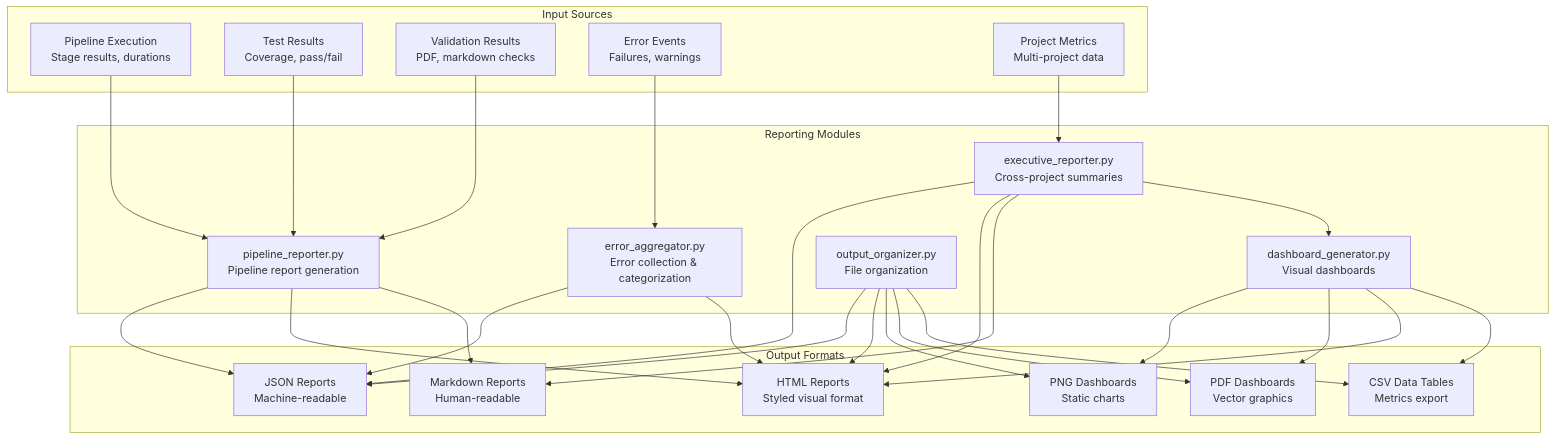
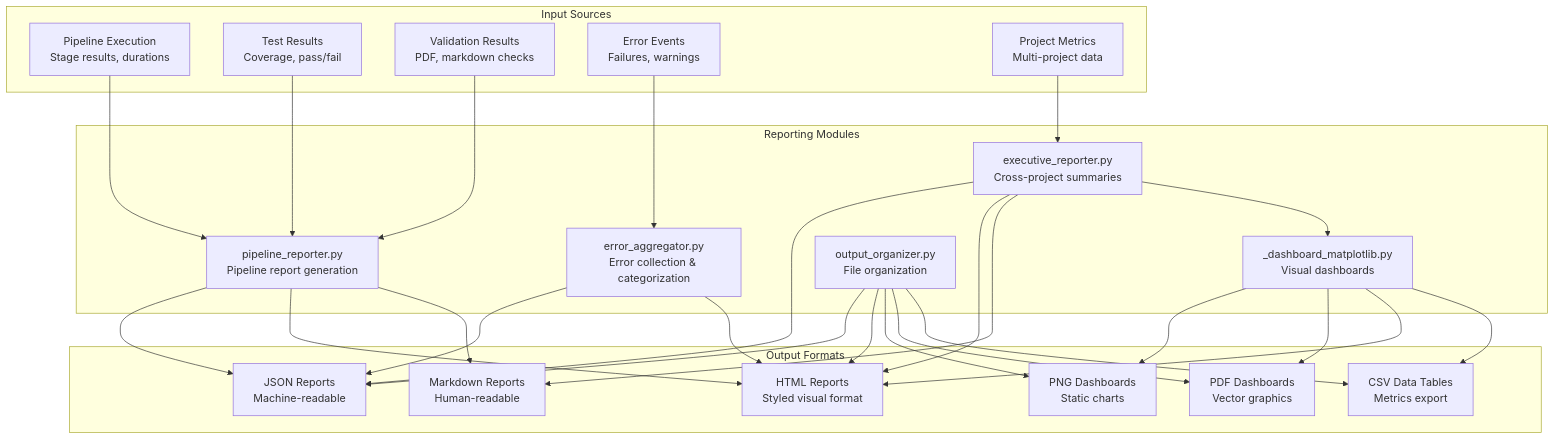
The diagram in infrastructure/reporting/README.md (docxology/template), drawn with Mermaid before and after one commit. The commit also changed 954 other files, not shown here.

````diff
--- a/infrastructure/reporting/README.md
+++ b/infrastructure/reporting/README.md
@@ -19,60 +19,60 @@
 ```mermaid
 graph TD
     subgraph InputSources["Input Sources"]
         PIPELINE[Pipeline Execution<br/>Stage results, durations]
         TESTS[Test Results<br/>Coverage, pass/fail]
         VALIDATION[Validation Results<br/>PDF, markdown checks]
         ERRORS[Error Events<br/>Failures, warnings]
         PROJECTS[Project Metrics<br/>Multi-project data]
     end
 
     subgraph ReportingModules["Reporting Modules"]
         PIPELINE_REP[pipeline_reporter.py<br/>Pipeline report generation]
         ERROR_AGG[error_aggregator.py<br/>Error collection & categorization]
         EXEC_REP[executive_reporter.py<br/>Cross-project summaries]
-        DASHBOARD[dashboard_generator.py<br/>Visual dashboards]
+        DASHBOARD[_dashboard_matplotlib.py<br/>Visual dashboards]
         OUTPUT_ORG[output_organizer.py<br/>File organization]
     end
 
     subgraph OutputFormats["Output Formats"]
         JSON[JSON Reports<br/>Machine-readable]
         HTML[HTML Reports<br/>Styled visual format]
         MARKDOWN[Markdown Reports<br/>Human-readable]
         PNG[PNG Dashboards<br/>Static charts]
         PDF[PDF Dashboards<br/>Vector graphics]
         CSV[CSV Data Tables<br/>Metrics export]
     end
 
     PIPELINE --> PIPELINE_REP
     TESTS --> PIPELINE_REP
     VALIDATION --> PIPELINE_REP
     ERRORS --> ERROR_AGG
     PROJECTS --> EXEC_REP
 
     PIPELINE_REP --> JSON
     PIPELINE_REP --> HTML
     PIPELINE_REP --> MARKDOWN
 
     ERROR_AGG --> JSON
     ERROR_AGG --> HTML
 
     EXEC_REP --> JSON
     EXEC_REP --> HTML
     EXEC_REP --> MARKDOWN
 
     EXEC_REP --> DASHBOARD
     DASHBOARD --> PNG
     DASHBOARD --> PDF
     DASHBOARD --> HTML
     DASHBOARD --> CSV
 
     OUTPUT_ORG --> JSON
     OUTPUT_ORG --> HTML
     OUTPUT_ORG --> PNG
     OUTPUT_ORG --> PDF
     OUTPUT_ORG --> CSV
 
     class InputSources input
     class ReportingModules module
     class OutputFormats output
 ```
````
